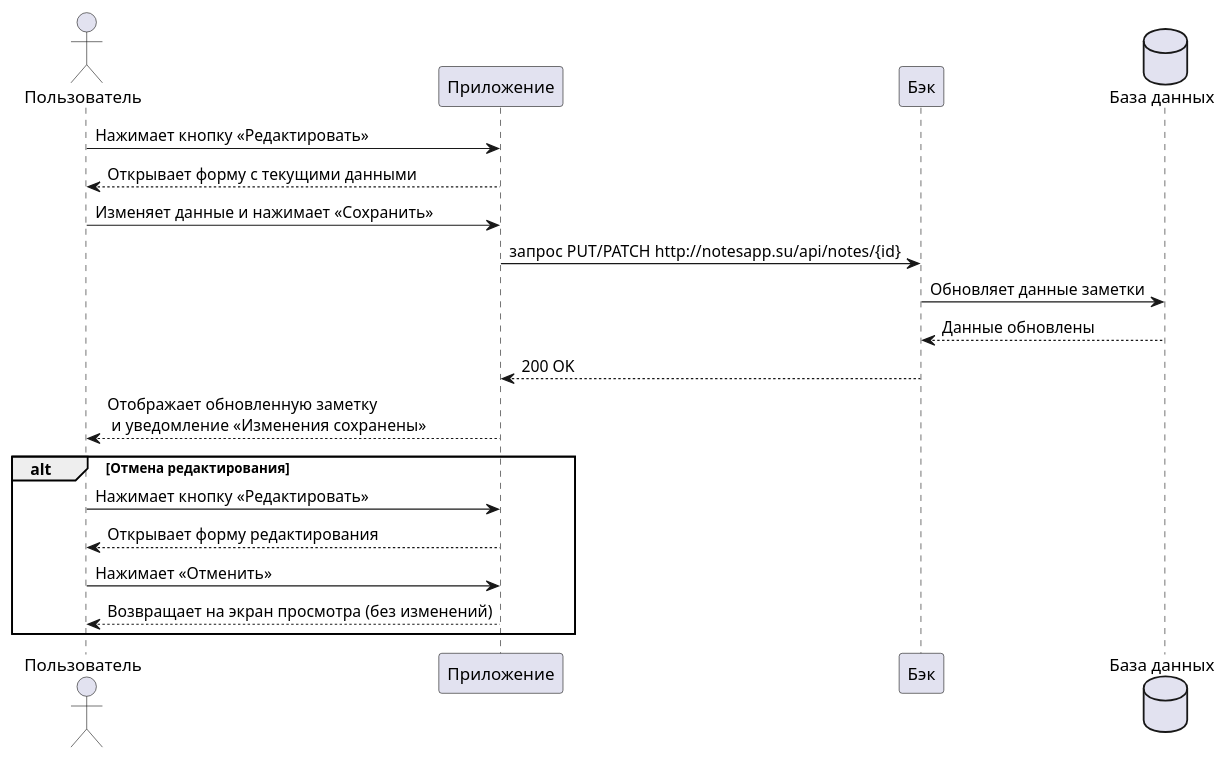
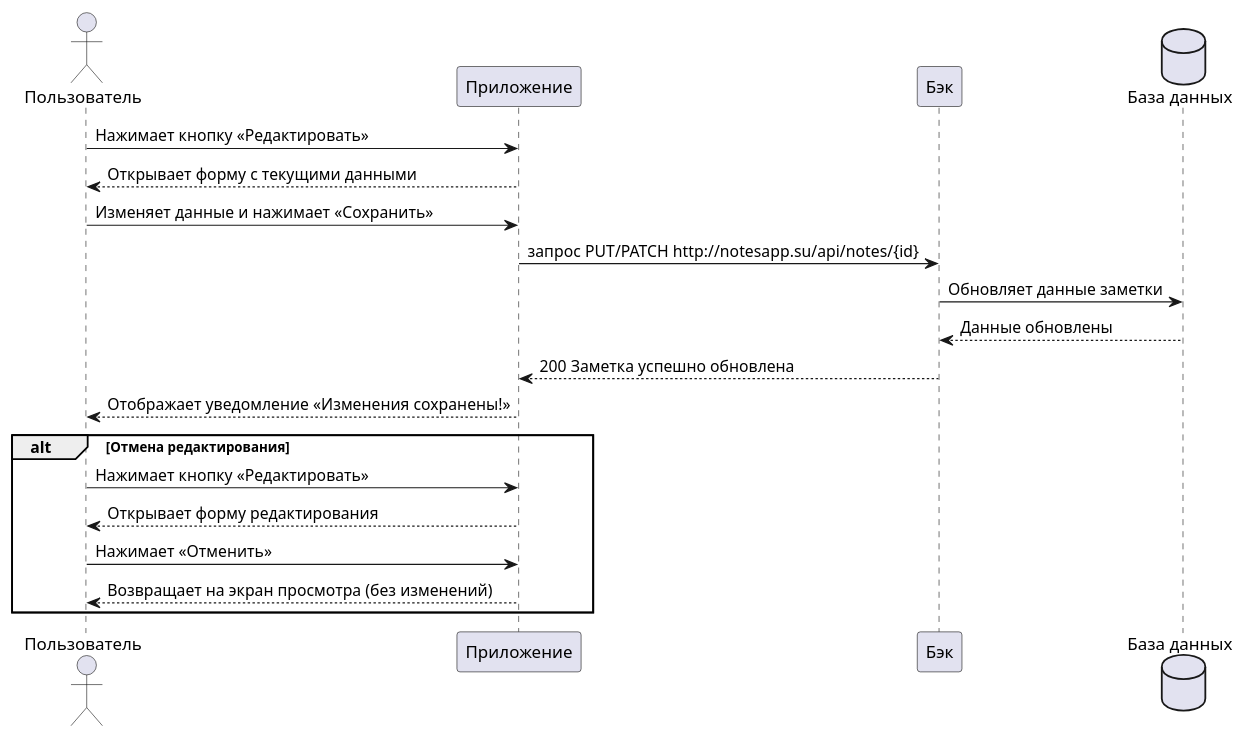
The diagram in docs/instruction/notesapp.md (lopefre/docs-test-project), drawn with PlantUML before and after one commit. The commit also changed 7 other files, not shown here.

````diff
--- a/docs/instruction/notesapp.md
+++ b/docs/instruction/notesapp.md
@@ -45,26 +45,26 @@
 ```puml
 @startuml
 actor Пользователь
 participant Приложение
 participant Бэк
 database "База данных"
 
 Пользователь -> Приложение: Нажимает кнопку «Редактировать»
 Пользователь <-- Приложение: Открывает форму с текущими данными
 Пользователь -> Приложение: Изменяет данные и нажимает «Сохранить»
 Приложение -> Бэк: запрос PUT/PATCH http://notesapp.su/api/notes/{id}
 Бэк -> "База данных": Обновляет данные заметки
 Бэк <-- "База данных": Данные обновлены
-Бэк --> Приложение: 200 OK
-Приложение --> Пользователь: Отображает обновленную заметку\n и уведомление «Изменения сохранены»
+Бэк --> Приложение: 200 Заметка успешно обновлена
+Приложение --> Пользователь: Отображает уведомление «Изменения сохранены!»
 
 alt Отмена редактирования
 Пользователь -> Приложение: Нажимает кнопку «Редактировать»
 Пользователь <-- Приложение: Открывает форму редактирования
 Пользователь -> Приложение: Нажимает «Отменить»
 Приложение --> Пользователь: Возвращает на экран просмотра (без изменений)
 end alt
 
 @enduml
 
 ```
````
